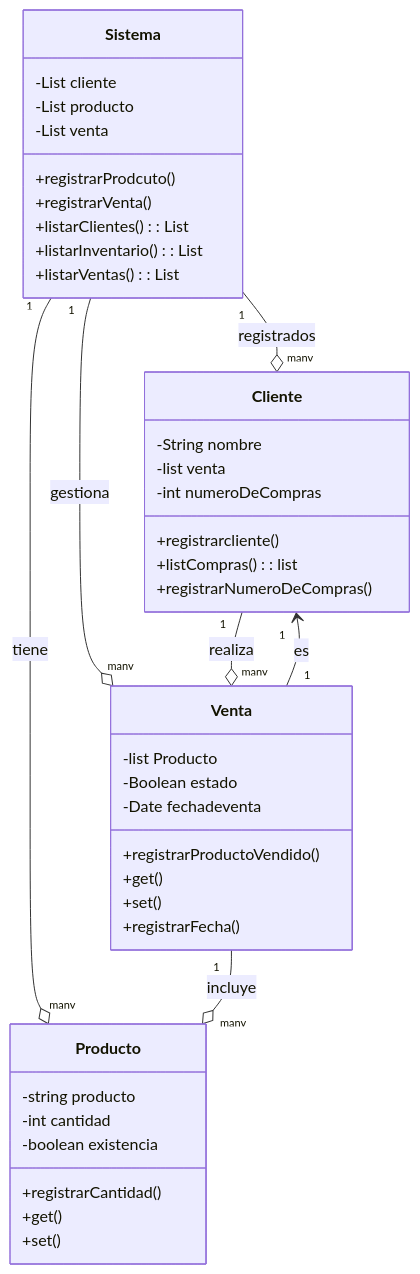
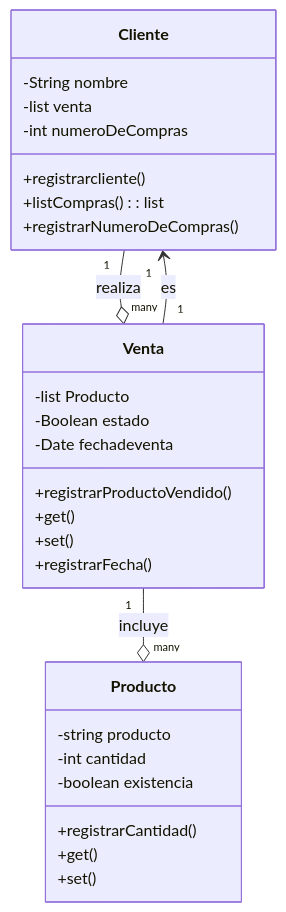
Before and after one commit to POO20251C/3-ejercicio-de-dise-o-y-codificaci-n-maria-jose-cordoba: the diagram in README.md, drawn with Mermaid.

````diff
--- a/README.md
+++ b/README.md
@@ -5,51 +5,38 @@
 ```mermaid
 classDiagram
     direction TB
-    class Sistema {
-        -List cliente
-        -List producto
-        -List venta
-        +registrarProdcuto()
-        +registrarVenta()
-        +listarClientes(): List<Cliente>
-        +listarInventario(): List<Producto>
-        +listarVentas(): List<Ventas>
-      
-    }
 
     class Cliente {
         -String nombre
         -list venta
         -int numeroDeCompras
         +registrarcliente()
         +listCompras(): list <Venta>
         +registrarNumeroDeCompras()
     }
 
     class Producto {
         -string producto
         -int cantidad 
         -boolean existencia
         +registrarCantidad()
         +get()
         +set()
     }
 
     class Venta {
         -list Producto
         -Boolean estado
         -Date fechadeventa
         +registrarProductoVendido()
         +get()
         +set()
         +registrarFecha()
     }
 
     
-    Sistema "1" --o "many" Cliente: registrados
-    Sistema "1" --o "many" Producto: tiene
-    Sistema "1" --o "many" Venta: gestiona
+
     Cliente "1"  --o "many" Venta: realiza
     Venta   "1"  --o "many" Producto: incluye
     Venta   "1" --> "1" Cliente: es
 ```
````
